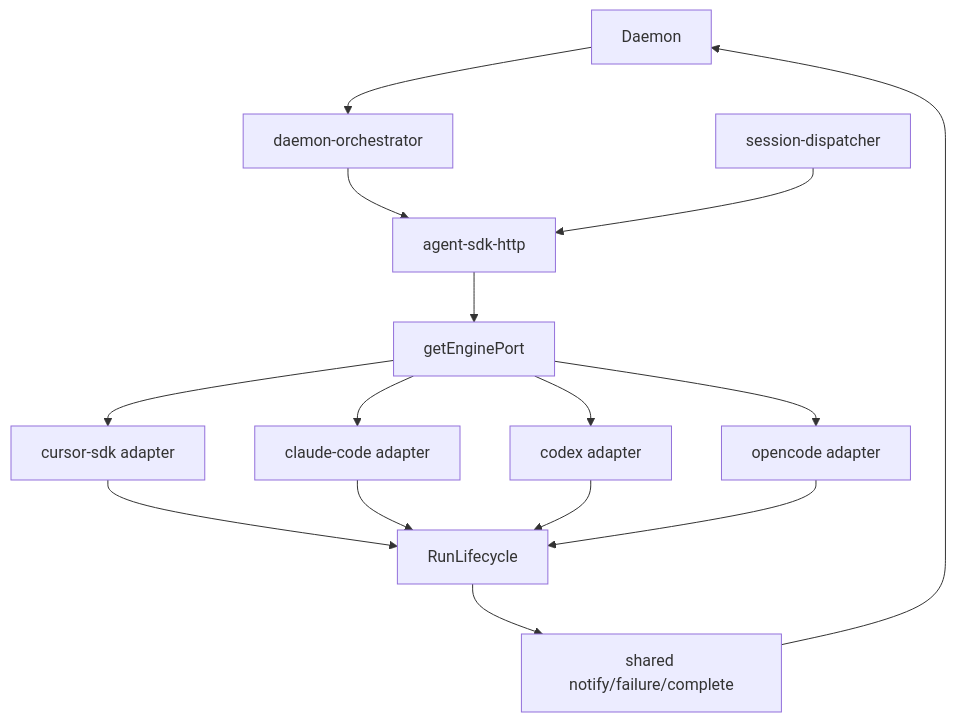
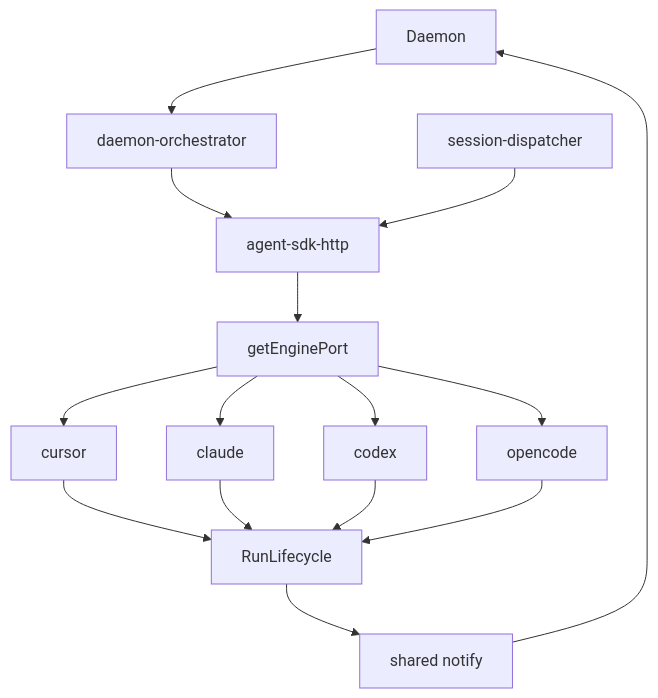
The first of 2 diagrams in knowledge/业务域/Agent调度/01-概览.md (suveng/cursor-claw), drawn with Mermaid before and after one commit. The commit also changed other lines of this file and 42 other files, not shown here.

````diff
--- a/knowledge/业务域/Agent调度/01-概览.md
+++ b/knowledge/业务域/Agent调度/01-概览.md
@@ -9,14 +23,11 @@
 ```mermaid
 flowchart TB
   D[Daemon] --> Orch[daemon-orchestrator]
   Orch --> GW[agent-sdk-http]
   GW --> Reg[getEnginePort]
-  Reg --> P1[cursor-sdk adapter]
-  Reg --> P2[claude-code adapter]
-  Reg --> P3[codex adapter]
-  Reg --> P4[opencode adapter]
+  Reg --> P1[cursor] & P2[claude] & P3[codex] & P4[opencode]
   P1 & P2 & P3 & P4 --> LC[RunLifecycle]
-  LC --> SH[shared notify/failure/complete]
+  LC --> SH[shared notify]
   SH --> D
   SD[session-dispatcher] --> GW
 ```
````
